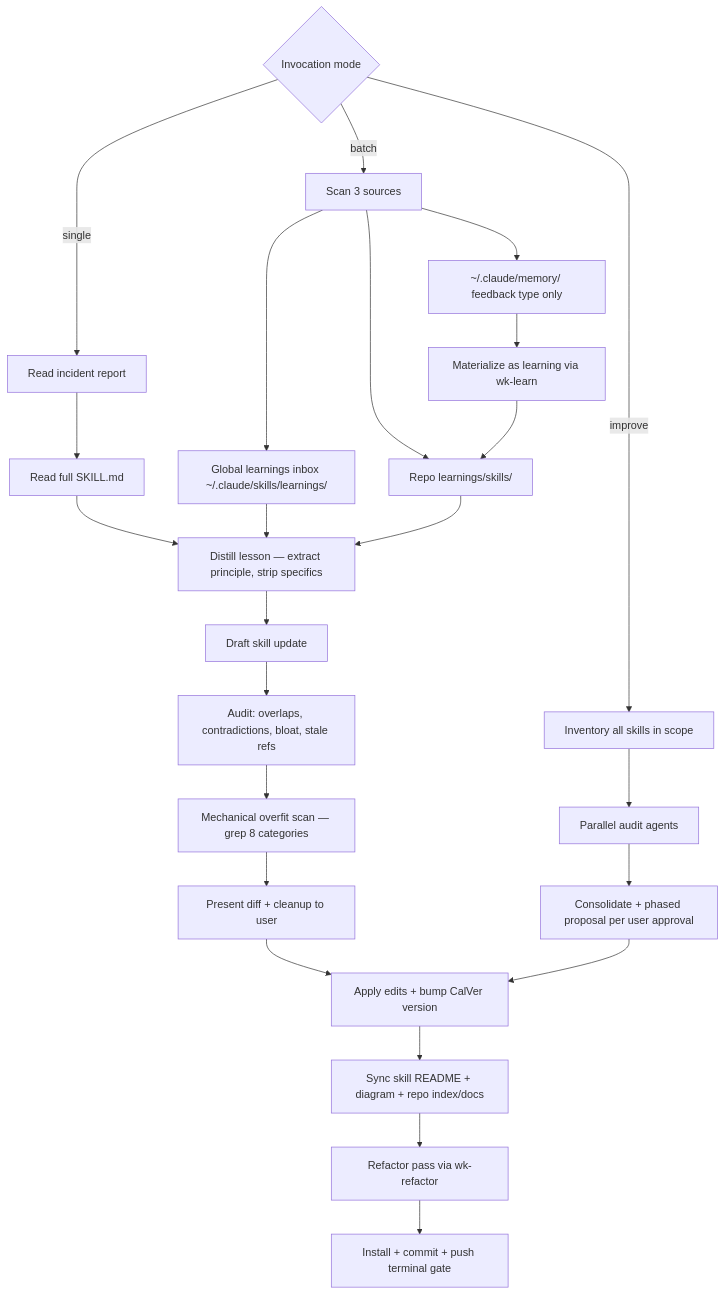
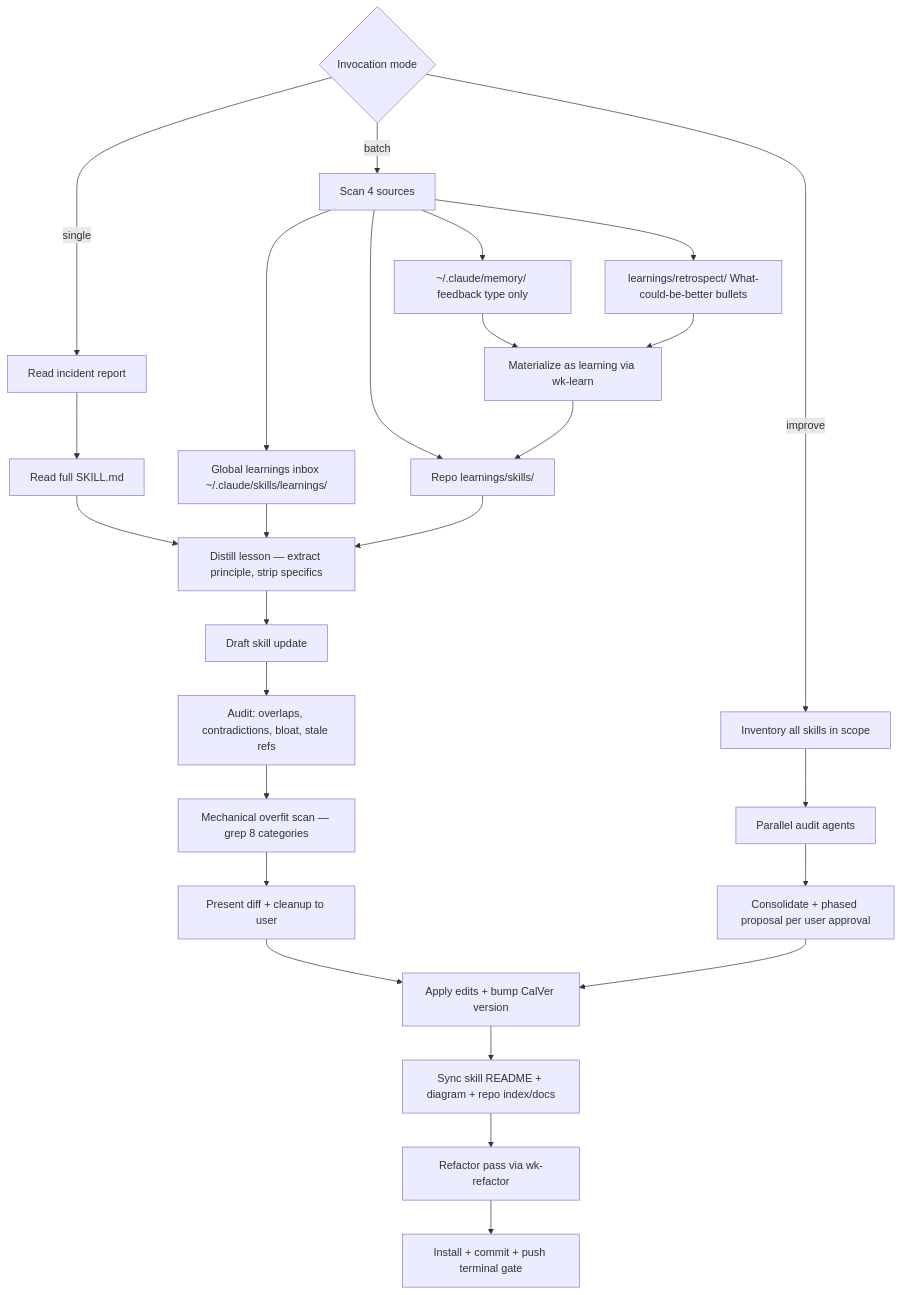
One commit to whizzzkid/skills changed the diagram in skills/sharpen/README.md. Above: the diagram before and after it, drawn with Mermaid. The commit also changed other lines of this file and 3 other files, not shown here.

First line of the commit message:
feat(skills): 🔧 wk-sharpen scan learnings/retrospect as batch Source 4

````diff
--- a/skills/sharpen/README.md
+++ b/skills/sharpen/README.md
@@ -16,26 +16,28 @@
 ```mermaid
 flowchart TD
     A{Invocation mode} -->|single| B[Read incident report]
-    A -->|batch| G[Scan 3 sources]
+    A -->|batch| G[Scan 4 sources]
     A -->|improve| K[Inventory all skills in scope]
     B --> C[Read full SKILL.md]
     C --> D[Distill lesson — extract principle, strip specifics]
     D --> E[Draft skill update]
     E --> F[Audit: overlaps, contradictions, bloat, stale refs]
     F --> F2[Mechanical overfit scan — grep 8 categories]
     F2 --> P[Present diff + cleanup to user]
     P --> Q[Apply edits + bump CalVer version]
     Q --> Q2[Sync skill README + diagram + repo index/docs]
     Q2 --> R[Refactor pass via wk-refactor]
     R --> S[Install + commit + push terminal gate]
     G --> G1[Global learnings inbox ~/.claude/skills/learnings/]
     G --> G2[Repo learnings/skills/]
     G --> G3[~/.claude/memory/ feedback type only]
+    G --> G4[learnings/retrospect/ What-could-be-better bullets]
     G3 --> GM[Materialize as learning via wk-learn]
+    G4 --> GM
     GM --> G2
     G1 & G2 --> D
     K --> L[Parallel audit agents]
     L --> M[Consolidate + phased proposal per user approval]
     M --> Q
     click R href "../refactor/README.md" _blank
 ```
````
